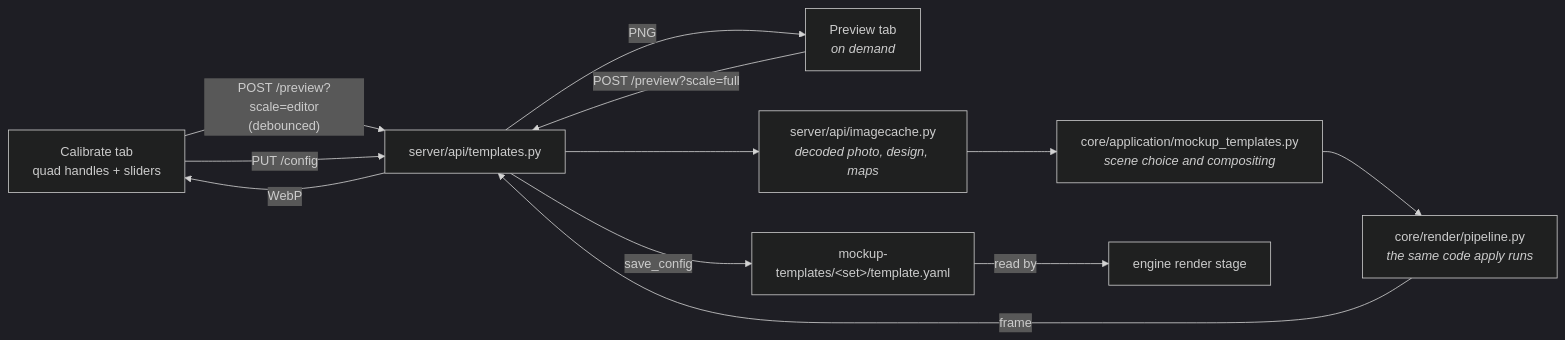
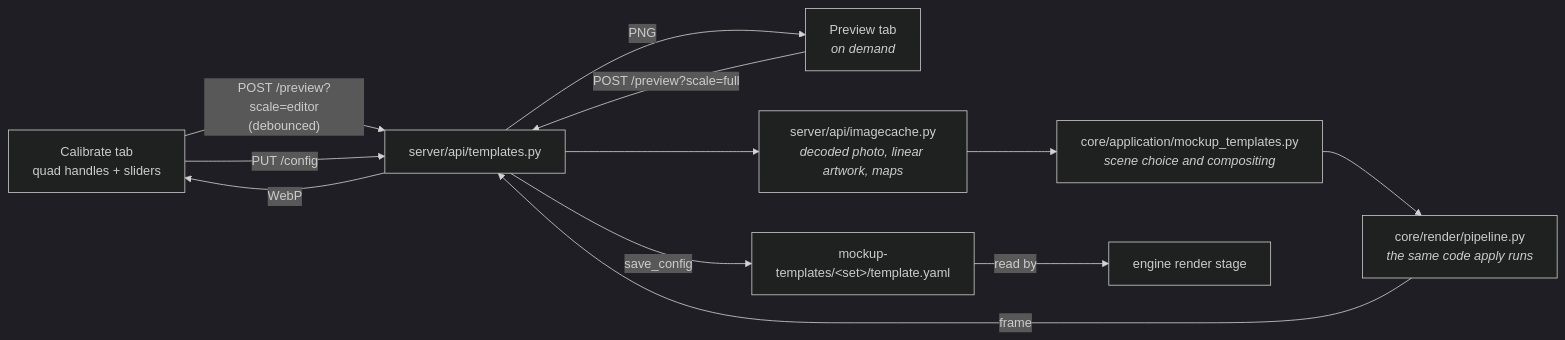
Before and after one commit to eli-jordan/etsy-listing-automation: the fifth of 5 diagrams in docs/architecture.md, drawn with Mermaid (dark theme). The commit also changed other lines of this file and 17 other files, not shown here.

````diff
--- a/docs/architecture.md
+++ b/docs/architecture.md
@@ -267,14 +273,14 @@
 ```mermaid
 graph LR
     Canvas["Calibrate tab<br/>quad handles + sliders"] -->|"POST /preview?scale=editor<br/>(debounced)"| API["server/api/templates.py"]
     Tab["Preview tab<br/><i>on demand</i>"] -->|"POST /preview?scale=full"| API
-    API --> Cache["server/api/imagecache.py<br/><i>decoded photo, design, maps</i>"]
+    API --> Cache["server/api/imagecache.py<br/><i>decoded photo, linear artwork, maps</i>"]
     Cache --> Op["core/application/mockup_templates.py<br/><i>scene choice and compositing</i>"]
     Op --> RenderPipe["core/render/pipeline.py<br/><i>the same code apply runs</i>"]
     RenderPipe -->|"frame"| API
     API -->|WebP| Canvas
     API -->|PNG| Tab
     Canvas -->|"PUT /config"| API
     API -->|"save_config"| Yaml["mockup-templates/&lt;set&gt;/template.yaml"]
     Yaml -->|read by| Stage["engine render stage"]
 ```
````
